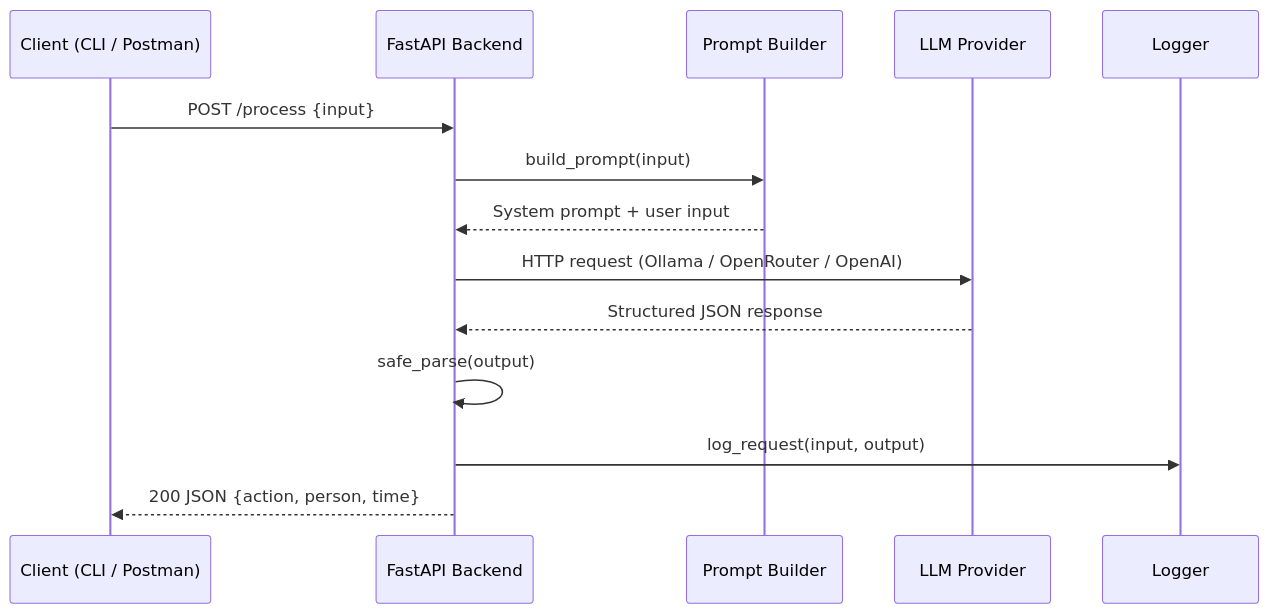
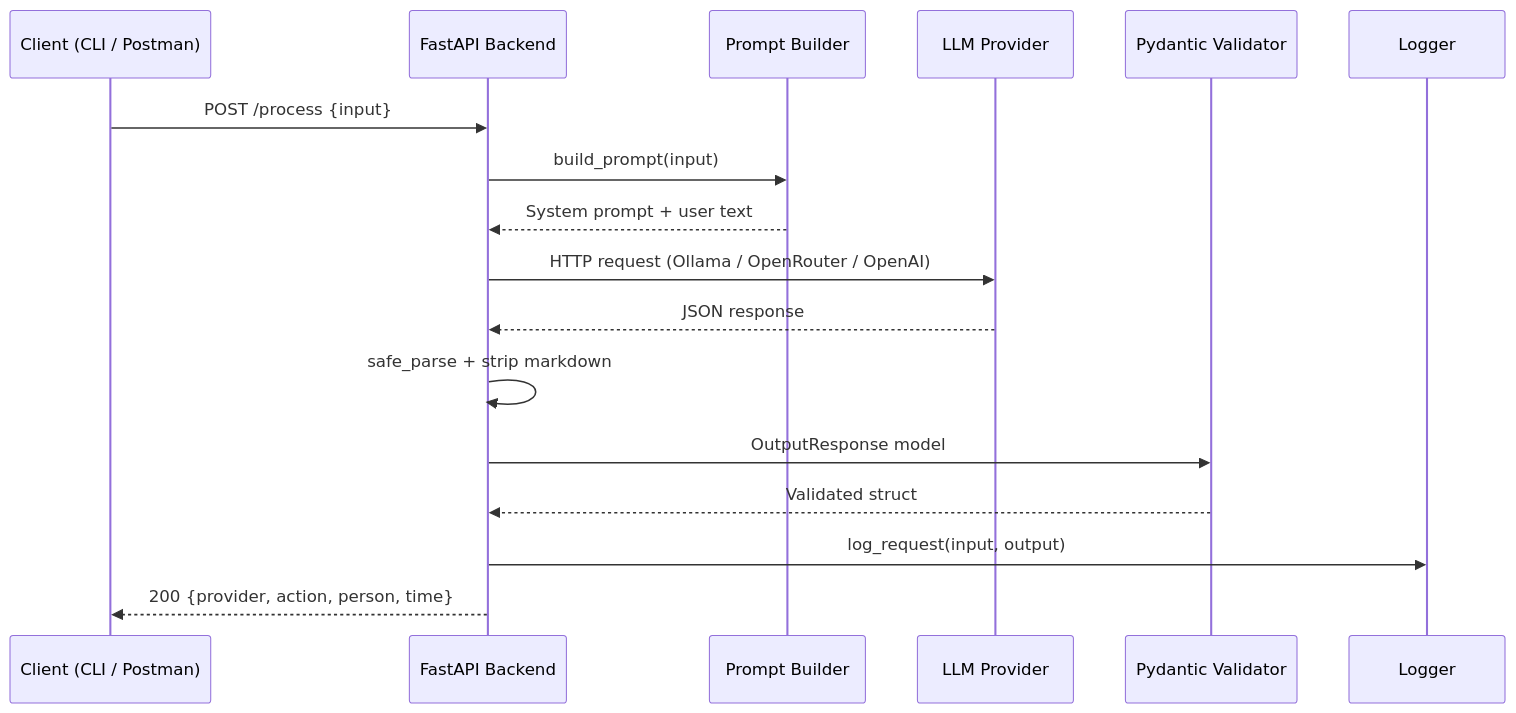
Before and after one commit to wa7med/ai-llm-api: the diagram in README.md, drawn with Mermaid. The commit also changed other lines of this file, not shown here.

````diff
--- a/README.md
+++ b/README.md
@@ -39,17 +40,20 @@
 ```mermaid
 sequenceDiagram
     participant Client as Client (CLI / Postman)
     participant API as FastAPI Backend
     participant Prompt as Prompt Builder
     participant LLM as LLM Provider
+    participant Validator as Pydantic Validator
     participant Log as Logger
 
     Client->>API: POST /process {input}
     API->>Prompt: build_prompt(input)
-    Prompt-->>API: System prompt + user input
+    Prompt-->>API: System prompt + user text
     API->>LLM: HTTP request (Ollama / OpenRouter / OpenAI)
-    LLM-->>API: Structured JSON response
-    API->>API: safe_parse(output)
+    LLM-->>API: JSON response
+    API->>API: safe_parse + strip markdown
+    API->>Validator: OutputResponse model
+    Validator-->>API: Validated struct
     API->>Log: log_request(input, output)
-    API-->>Client: 200 JSON {action, person, time}
+    API-->>Client: 200 {provider, action, person, time}
 ```
````
